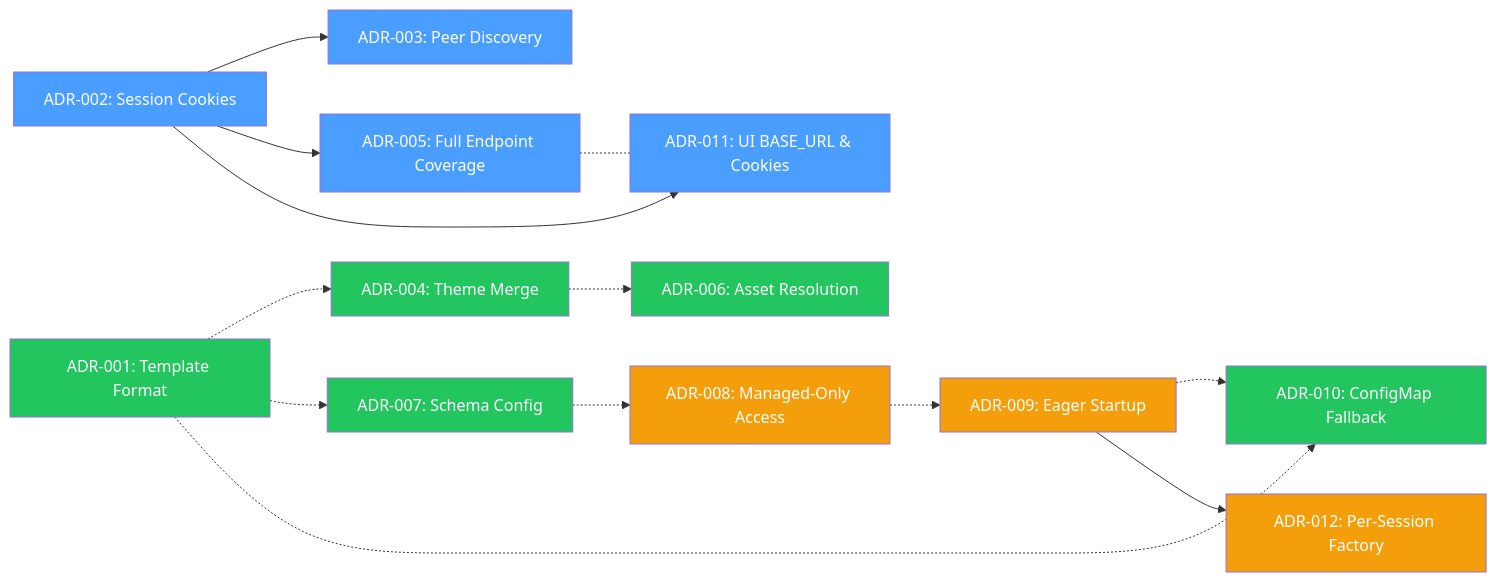
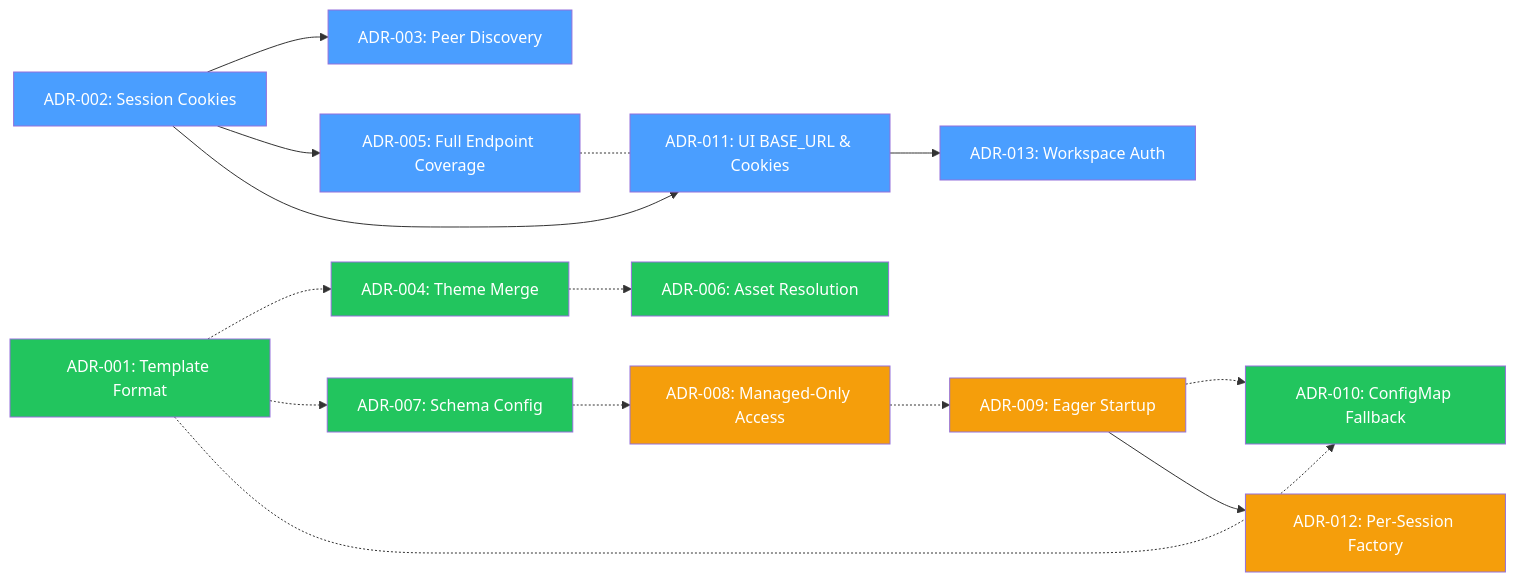
Before and after one commit to nogoo9/no-crd: the diagram in docs/decisions/index.md, drawn with Mermaid. The commit also changed other lines of this file and 41 other files, not shown here.

````diff
--- a/docs/decisions/index.md
+++ b/docs/decisions/index.md
@@ -37,27 +38,29 @@
 ```mermaid
 graph LR
     ADR002["ADR-002: Session Cookies"] --> ADR003["ADR-003: Peer Discovery"]
     ADR002 --> ADR005["ADR-005: Full Endpoint Coverage"]
     ADR001["ADR-001: Template Format"] -.-> ADR004["ADR-004: Theme Merge"]
     ADR004 -.-> ADR006["ADR-006: Asset Resolution"]
     ADR001 -.-> ADR007["ADR-007: Schema Config"]
     ADR007 -.-> ADR008["ADR-008: Managed-Only Access"]
     ADR008 -.-> ADR009["ADR-009: Eager Startup"]
     ADR001 -.-> ADR010["ADR-010: ConfigMap Fallback"]
     ADR009 -.-> ADR010
     ADR002 --> ADR011["ADR-011: UI BASE_URL & Cookies"]
     ADR005 -.- ADR011
     ADR009 --> ADR012["ADR-012: Per-Session Factory"]
+    ADR011 --> ADR013["ADR-013: Workspace Auth"]
     style ADR002 fill:#4a9eff,color:#fff
     style ADR003 fill:#4a9eff,color:#fff
     style ADR005 fill:#4a9eff,color:#fff
     style ADR001 fill:#22c55e,color:#fff
     style ADR004 fill:#22c55e,color:#fff
     style ADR006 fill:#22c55e,color:#fff
     style ADR007 fill:#22c55e,color:#fff
     style ADR008 fill:#f59e0b,color:#fff
     style ADR009 fill:#f59e0b,color:#fff
     style ADR010 fill:#22c55e,color:#fff
     style ADR011 fill:#4a9eff,color:#fff
     style ADR012 fill:#f59e0b,color:#fff
+    style ADR013 fill:#4a9eff,color:#fff
 ```
````
